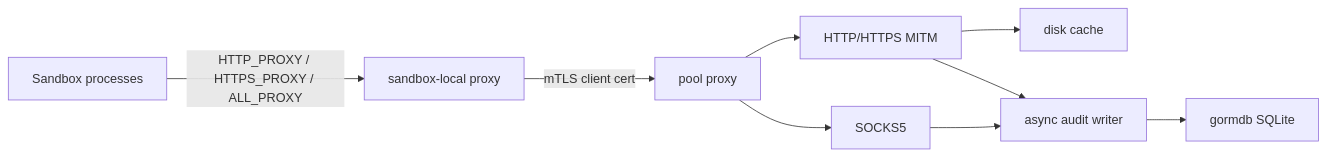
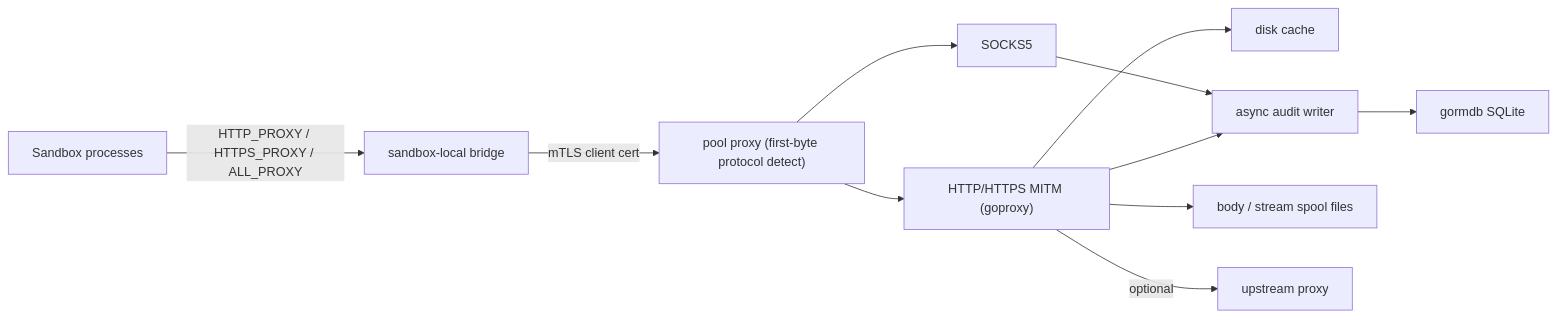
The first of 2 diagrams in proxy/DESIGN.md (discobox-ai/discobox), drawn with Mermaid before and after one commit. The commit also changed other lines of this file and 37 other files, not shown here.

````diff
--- a/proxy/DESIGN.md
+++ b/proxy/DESIGN.md
@@ -16,11 +18,13 @@
 ```mermaid
 flowchart LR
-    sandbox["Sandbox processes"] -->|"HTTP_PROXY / HTTPS_PROXY / ALL_PROXY"| local["sandbox-local proxy"]
-    local -->|"mTLS client cert"| pool["pool proxy"]
-    pool --> mitm["HTTP/HTTPS MITM"]
+    sandbox["Sandbox processes"] -->|"HTTP_PROXY / HTTPS_PROXY / ALL_PROXY"| local["sandbox-local bridge"]
+    local -->|"mTLS client cert"| pool["pool proxy (first-byte protocol detect)"]
+    pool --> mitm["HTTP/HTTPS MITM (goproxy)"]
     pool --> socks["SOCKS5"]
     mitm --> cache["disk cache"]
     mitm --> audit["async audit writer"]
+    mitm --> spool["body / stream spool files"]
     socks --> audit
     audit --> sqlite["gormdb SQLite"]
+    mitm -->|"optional"| upstream["upstream proxy"]
 ```
````
